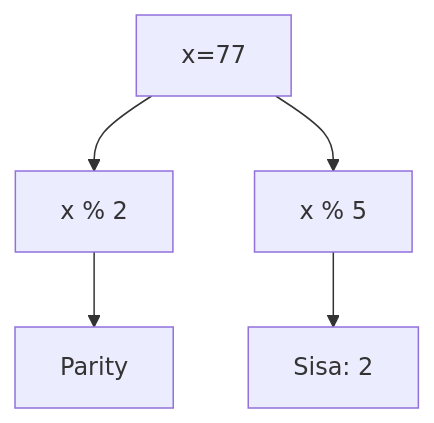
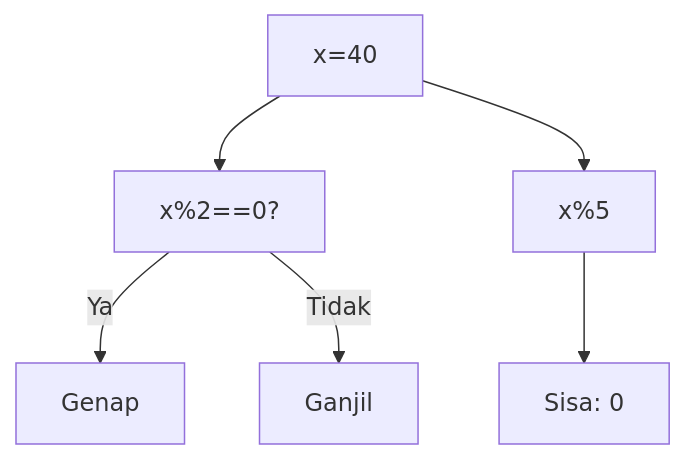
The seventh of 25 diagrams in part-c-pemahaman-cpp/03-perulangan/latihan/set-03.md (amnahwaida/OSNK_INF_PREP), drawn with Mermaid before and after one commit. The commit also changed other lines of this file and 71 other files, not shown here.

Commit message:
Fixed Mermaid syntax lexical errors with quoted labels in 1,800 questions

````diff
--- a/part-c-pemahaman-cpp/03-perulangan/latihan/set-03.md
+++ b/part-c-pemahaman-cpp/03-perulangan/latihan/set-03.md
@@ -321,7 +210,8 @@
 ```mermaid
 graph TD
-A[x=77] --> B[x % 2]
-B --> C[Parity]
-A --> D[x % 5]
-D --> E[Sisa: 2]
+A["x=40"] --> B["x%2==0?"]
+B -- Ya --> C["Genap"]
+B -- Tidak --> D["Ganjil"]
+A --> E["x%5"]
+E --> F["Sisa: 0"]
 ```
````
